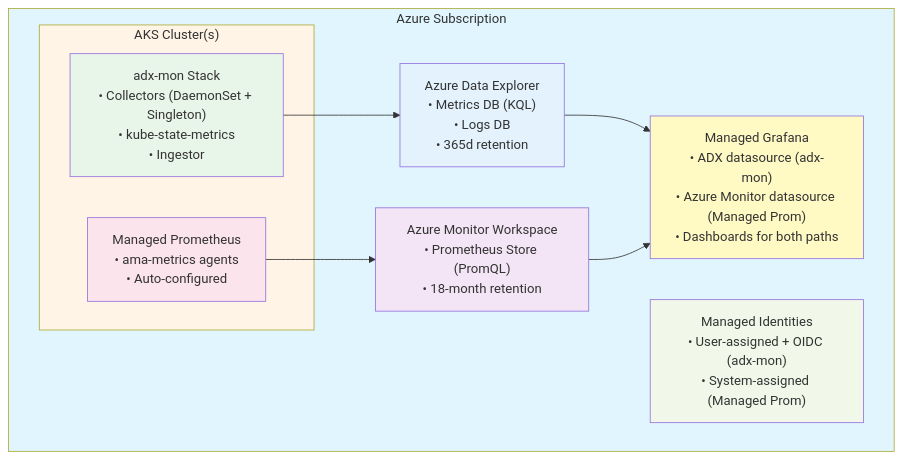
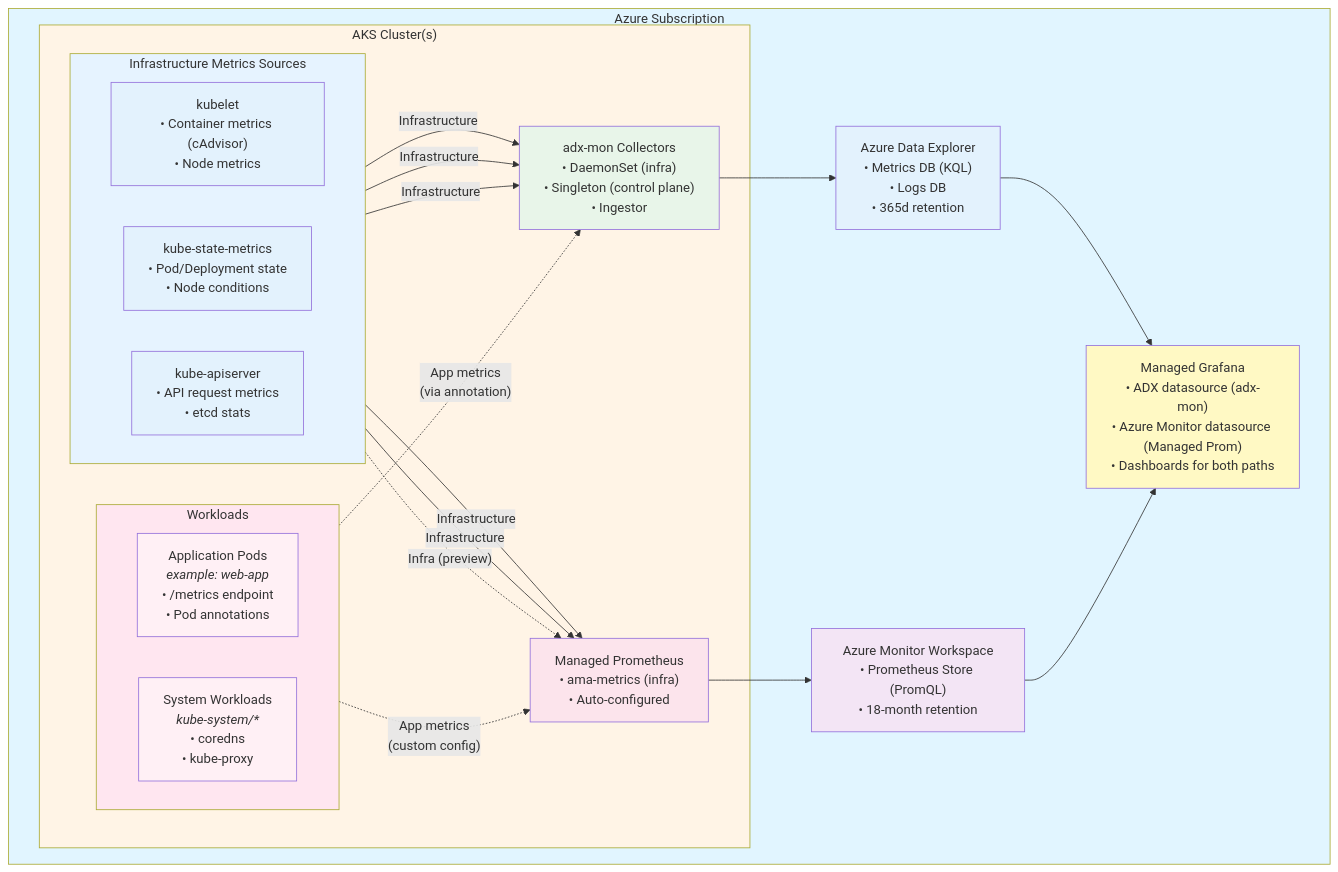
Before and after one commit to michaelsena-msft/adx-mon-demo: the first of 2 diagrams in COMPARISONS.md, drawn with Mermaid. The commit also changed other lines of this file, not shown here.

Commit message:
Add infrastructure vs application metrics distinction to diagram

````diff
--- a/COMPARISONS.md
+++ b/COMPARISONS.md
@@ -39,30 +39,56 @@
 ```mermaid
 graph TB
     subgraph Azure["Azure Subscription"]
         subgraph AKS["AKS Cluster(s)"]
-            ADXMon["adx-mon Stack<br/>• Collectors (DaemonSet + Singleton)<br/>• kube-state-metrics<br/>• Ingestor"]
-            ManagedProm["Managed Prometheus<br/>• ama-metrics agents<br/>• Auto-configured"]
+            subgraph Workloads["Workloads"]
+                direction LR
+                AppPods["Application Pods<br/><i>example: web-app</i><br/>• /metrics endpoint<br/>• Pod annotations"]
+                SystemPods["System Workloads<br/><i>kube-system/*</i><br/>• coredns<br/>• kube-proxy"]
+            end
+            
+            subgraph InfraSources["Infrastructure Metrics Sources"]
+                direction LR
+                Kubelet["kubelet<br/>• Container metrics (cAdvisor)<br/>• Node metrics"]
+                KSM["kube-state-metrics<br/>• Pod/Deployment state<br/>• Node conditions"]
+                APIServer["kube-apiserver<br/>• API request metrics<br/>• etcd stats"]
+            end
+            
+            ADXMon["adx-mon Collectors<br/>• DaemonSet (infra)<br/>• Singleton (control plane)<br/>• Ingestor"]
+            ManagedProm["Managed Prometheus<br/>• ama-metrics (infra)<br/>• Auto-configured"]
+            
+            AppPods -.->|"App metrics<br/>(via annotation)"| ADXMon
+            SystemPods -.->|"App metrics<br/>(custom config)"| ManagedProm
+            Kubelet -->|Infrastructure| ADXMon
+            KSM -->|Infrastructure| ADXMon
+            APIServer -->|Infrastructure| ADXMon
+            Kubelet -->|Infrastructure| ManagedProm
+            KSM -->|Infrastructure| ManagedProm
+            APIServer -.->|"Infra (preview)"| ManagedProm
         end
         
         ADX["Azure Data Explorer<br/>• Metrics DB (KQL)<br/>• Logs DB<br/>• 365d retention"]
         AMW["Azure Monitor Workspace<br/>• Prometheus Store (PromQL)<br/>• 18-month retention"]
         
         Grafana["Managed Grafana<br/>• ADX datasource (adx-mon)<br/>• Azure Monitor datasource (Managed Prom)<br/>• Dashboards for both paths"]
-        
-        Identity["Managed Identities<br/>• User-assigned + OIDC (adx-mon)<br/>• System-assigned (Managed Prom)"]
         
         ADXMon --> ADX
         ManagedProm --> AMW
         ADX --> Grafana
         AMW --> Grafana
     end
     
     style Azure fill:#e1f5ff
     style AKS fill:#fff4e6
+    style Workloads fill:#ffe6f0
+    style InfraSources fill:#e6f3ff
+    style AppPods fill:#fff0f5
+    style SystemPods fill:#fff0f5
+    style Kubelet fill:#e3f2fd
+    style KSM fill:#e3f2fd
+    style APIServer fill:#e3f2fd
     style ADXMon fill:#e8f5e9
     style ManagedProm fill:#fce4ec
     style ADX fill:#e3f2fd
     style AMW fill:#f3e5f5
     style Grafana fill:#fff9c4
-    style Identity fill:#f1f8e9
 ```
````
